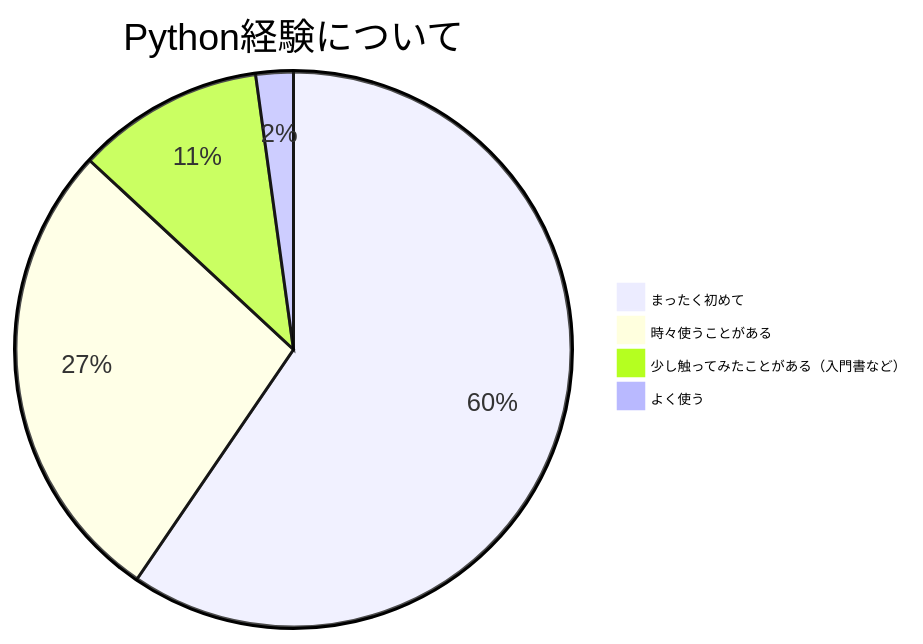
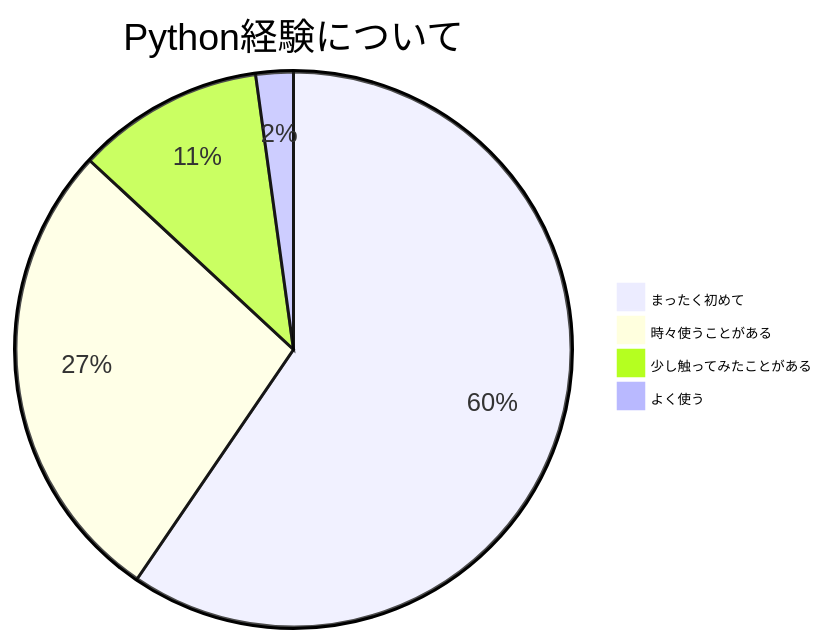
The diagram in source/about/pycamp_survey1.mmd (ryu22e/pyconapac2023-postersession-docs), drawn with Mermaid before and after one commit. The commit also changed 6 other files, not shown here.

```diff
--- a/source/about/pycamp_survey1.mmd
+++ b/source/about/pycamp_survey1.mmd
@@ -1,7 +1,7 @@
 %%{init: {"themeVariables": {"pieLegendTextSize": "9px"}} }%%
 pie
     title Python経験について
     "まったく初めて" : 59.523809523809526
     "時々使うことがある" : 27.380952380952383
-    "少し触ってみたことがある（入門書など）" : 10.912698412698413
+    "少し触ってみたことがある" : 10.912698412698413
     "よく使う" : 2.1825396825396823
```
